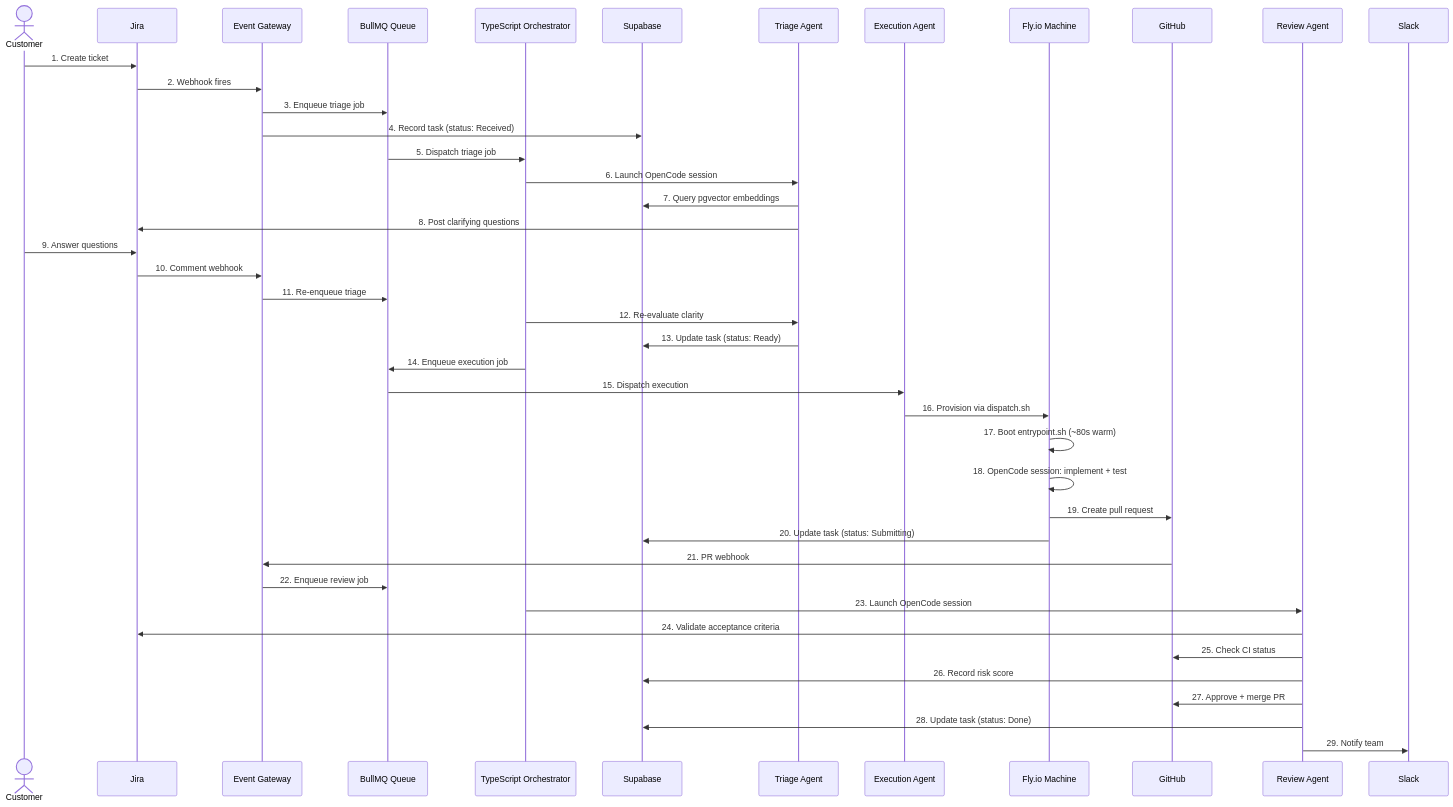
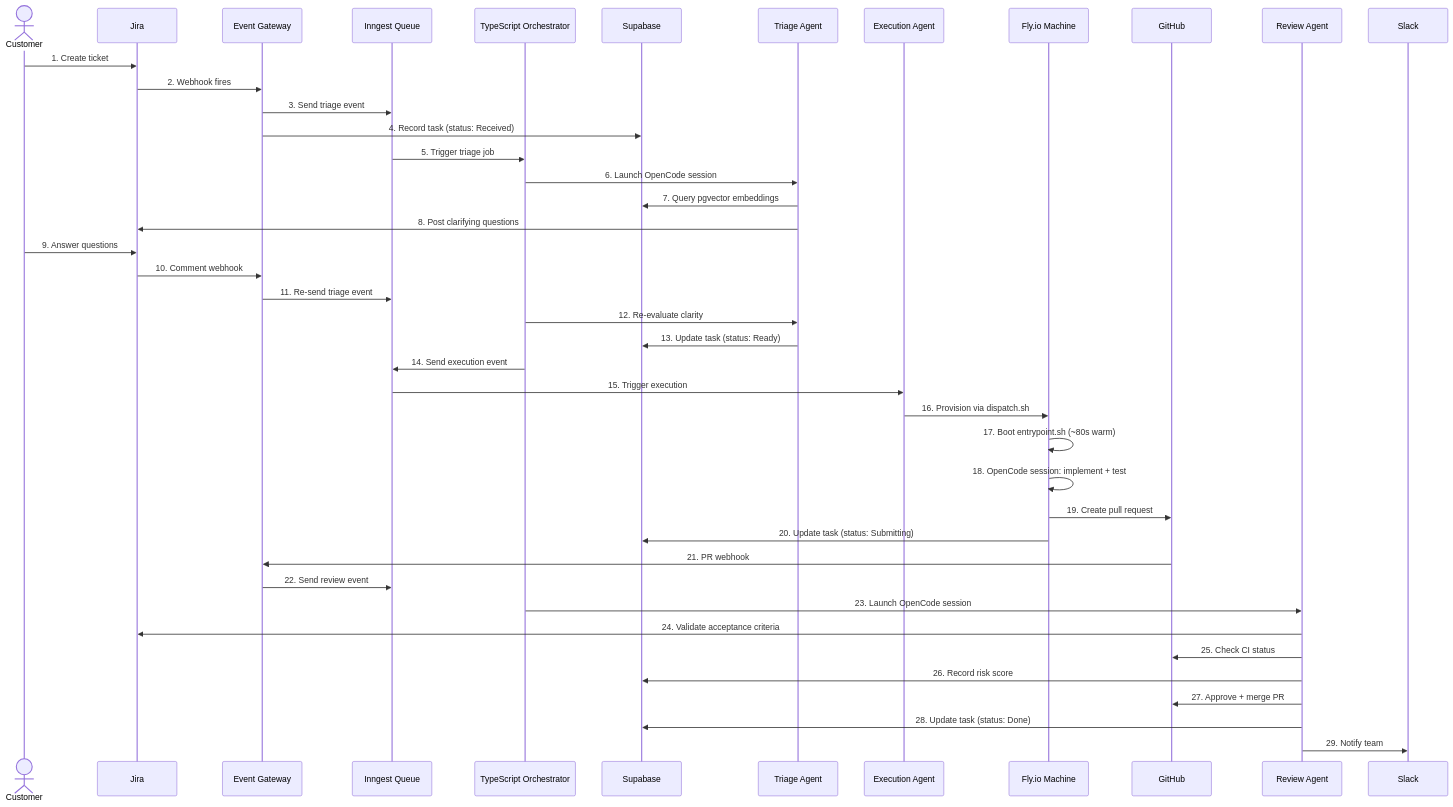
Before and after one commit to viiqswim/dozaldevs-ai-employee: the tenth of 15 diagrams in docs/2026-03-22-2317-ai-employee-architecture.md, drawn with Mermaid. The commit also changed other lines of this file, not shown here.

Commit message:
docs: simplify stack for speed-to-V1 — replace BullMQ/LangGraph/LangSmith with Inngest, add deferred capabilities section

````diff
--- a/docs/2026-03-22-2317-ai-employee-architecture.md
+++ b/docs/2026-03-22-2317-ai-employee-architecture.md
@@ -953,45 +954,45 @@
 ```mermaid
 sequenceDiagram
     actor Customer
     participant Jira
     participant Gateway as Event Gateway
-    participant BullMQ as BullMQ Queue
+    participant Inngest as Inngest Queue
     participant Orchestrator as TypeScript Orchestrator
     participant Supabase
     participant TriageAgent as Triage Agent
     participant ExecAgent as Execution Agent
     participant FlyMachine as Fly.io Machine
     participant GitHub
     participant ReviewAgent as Review Agent
     participant Slack
 
     Customer->>Jira: 1. Create ticket
     Jira->>Gateway: 2. Webhook fires
-    Gateway->>BullMQ: 3. Enqueue triage job
+    Gateway->>Inngest: 3. Send triage event
     Gateway->>Supabase: 4. Record task (status: Received)
-    BullMQ->>Orchestrator: 5. Dispatch triage job
+    Inngest->>Orchestrator: 5. Trigger triage job
     Orchestrator->>TriageAgent: 6. Launch OpenCode session
     TriageAgent->>Supabase: 7. Query pgvector embeddings
     TriageAgent->>Jira: 8. Post clarifying questions
     Customer->>Jira: 9. Answer questions
     Jira->>Gateway: 10. Comment webhook
-    Gateway->>BullMQ: 11. Re-enqueue triage
+    Gateway->>Inngest: 11. Re-send triage event
     Orchestrator->>TriageAgent: 12. Re-evaluate clarity
     TriageAgent->>Supabase: 13. Update task (status: Ready)
-    Orchestrator->>BullMQ: 14. Enqueue execution job
-    BullMQ->>ExecAgent: 15. Dispatch execution
+    Orchestrator->>Inngest: 14. Send execution event
+    Inngest->>ExecAgent: 15. Trigger execution
     ExecAgent->>FlyMachine: 16. Provision via dispatch.sh
     FlyMachine->>FlyMachine: 17. Boot entrypoint.sh (~80s warm)
     FlyMachine->>FlyMachine: 18. OpenCode session: implement + test
     FlyMachine->>GitHub: 19. Create pull request
     FlyMachine->>Supabase: 20. Update task (status: Submitting)
     GitHub->>Gateway: 21. PR webhook
-    Gateway->>BullMQ: 22. Enqueue review job
+    Gateway->>Inngest: 22. Send review event
     Orchestrator->>ReviewAgent: 23. Launch OpenCode session
     ReviewAgent->>Jira: 24. Validate acceptance criteria
     ReviewAgent->>GitHub: 25. Check CI status
     ReviewAgent->>Supabase: 26. Record risk score
     ReviewAgent->>GitHub: 27. Approve + merge PR
     ReviewAgent->>Supabase: 28. Update task (status: Done)
     ReviewAgent->>Slack: 29. Notify team
 ```
````
